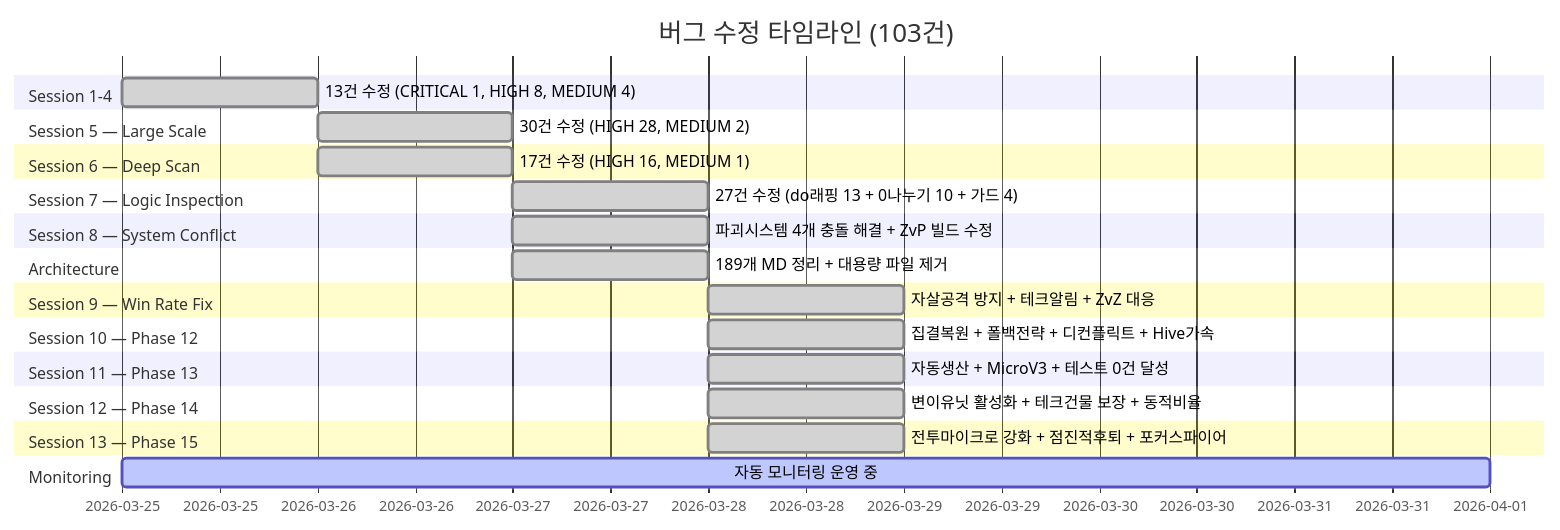
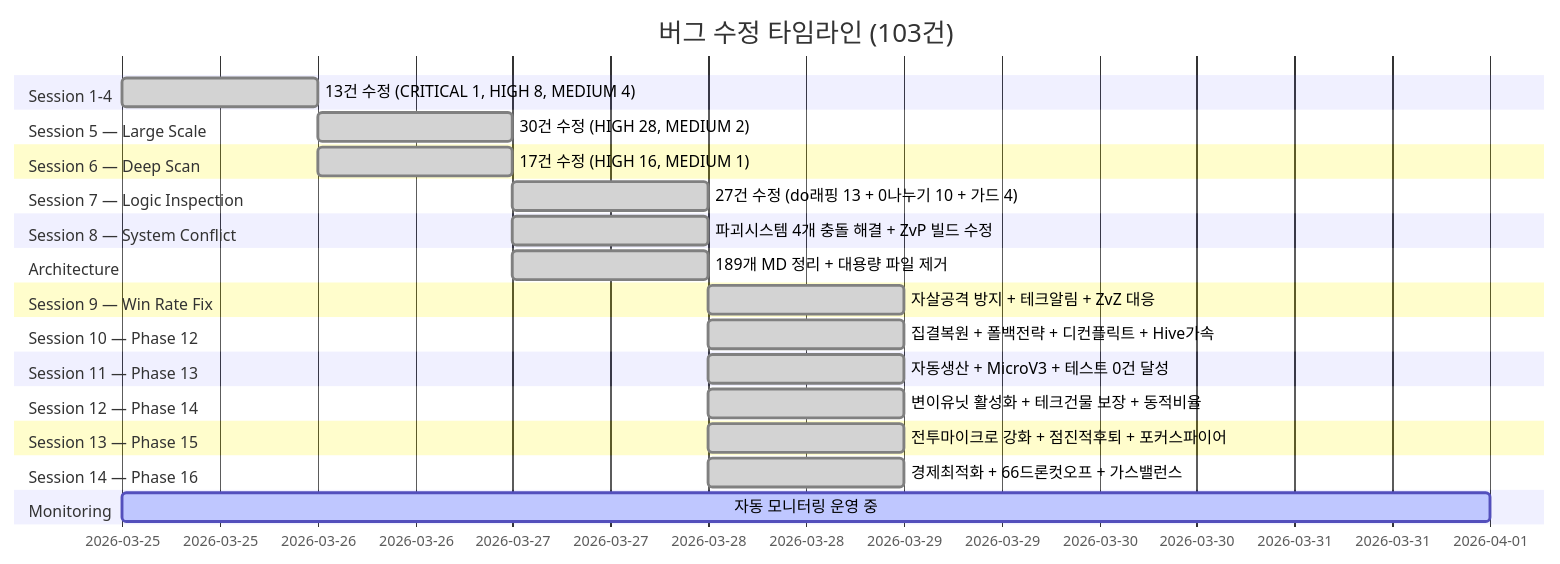
One commit to sun475300-sudo/Swarm-control-in-sc2bot changed diagram 23 of 31 in README.md. Above: the diagram before and after it, drawn with Mermaid. The commit also changed other lines of this file and 2 other files, not shown here.

Commit message:
feat: Phase 16 경제 최적화 — 66드론 컷오프 + 가스밸런스 + 매크로해처리
- 66드론 하드 컷오프: 3기지 포화 후 군대 생산 전환
- 가스 뱅킹 임계값: 500→300 (조기 감지), 심각: 1000→800
- 매크로 해처리 미네랄 임계값: 1500→600 (라바 부족 시 빠른 대응)

````diff
--- a/README.md
+++ b/README.md
@@ -633,29 +633,31 @@
 ```mermaid
 gantt
     title 버그 수정 타임라인 (103건)
     dateFormat YYYY-MM-DD
     section Session 1-4
         13건 수정 (CRITICAL 1, HIGH 8, MEDIUM 4)   :done, s1, 2026-03-25, 1d
     section Session 5 — Large Scale
         30건 수정 (HIGH 28, MEDIUM 2)              :done, s5, 2026-03-26, 1d
     section Session 6 — Deep Scan
         17건 수정 (HIGH 16, MEDIUM 1)              :done, s6, 2026-03-26, 1d
     section Session 7 — Logic Inspection
         27건 수정 (do래핑 13 + 0나누기 10 + 가드 4) :done, s7, 2026-03-27, 1d
     section Session 8 — System Conflict
         파괴시스템 4개 충돌 해결 + ZvP 빌드 수정    :done, s8, 2026-03-27, 1d
     section Architecture
         189개 MD 정리 + 대용량 파일 제거            :done, s9, 2026-03-27, 1d
     section Session 9 — Win Rate Fix
         자살공격 방지 + 테크알림 + ZvZ 대응         :done, s10, 2026-03-28, 1d
     section Session 10 — Phase 12
         집결복원 + 폴백전략 + 디컨플릭트 + Hive가속 :done, s11, 2026-03-28, 1d
     section Session 11 — Phase 13
         자동생산 + MicroV3 + 테스트 0건 달성       :done, s12, 2026-03-28, 1d
     section Session 12 — Phase 14
         변이유닛 활성화 + 테크건물 보장 + 동적비율  :done, s13, 2026-03-28, 1d
     section Session 13 — Phase 15
         전투마이크로 강화 + 점진적후퇴 + 포커스파이어 :done, s14, 2026-03-28, 1d
+    section Session 14 — Phase 16
+        경제최적화 + 66드론컷오프 + 가스밸런스     :done, s15, 2026-03-28, 1d
     section Monitoring
         자동 모니터링 운영 중                        :active, mon, 2026-03-25, 7d
 ```
````
